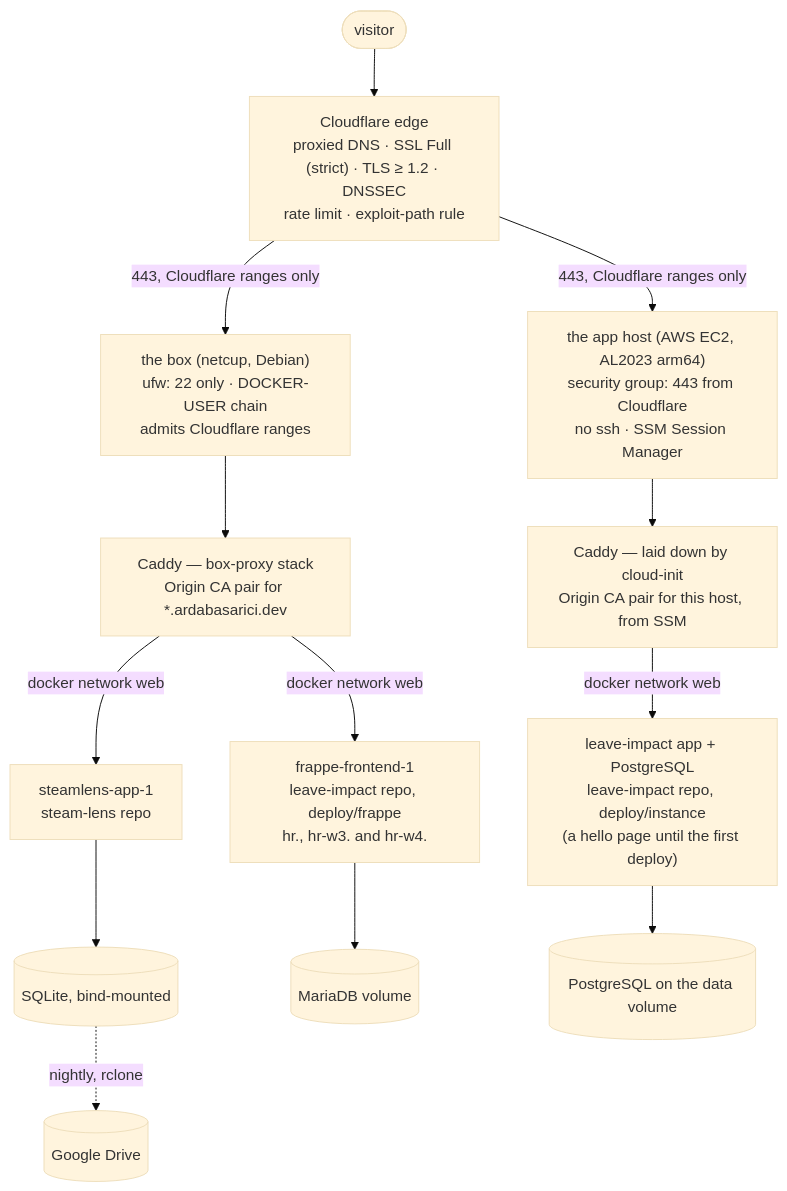
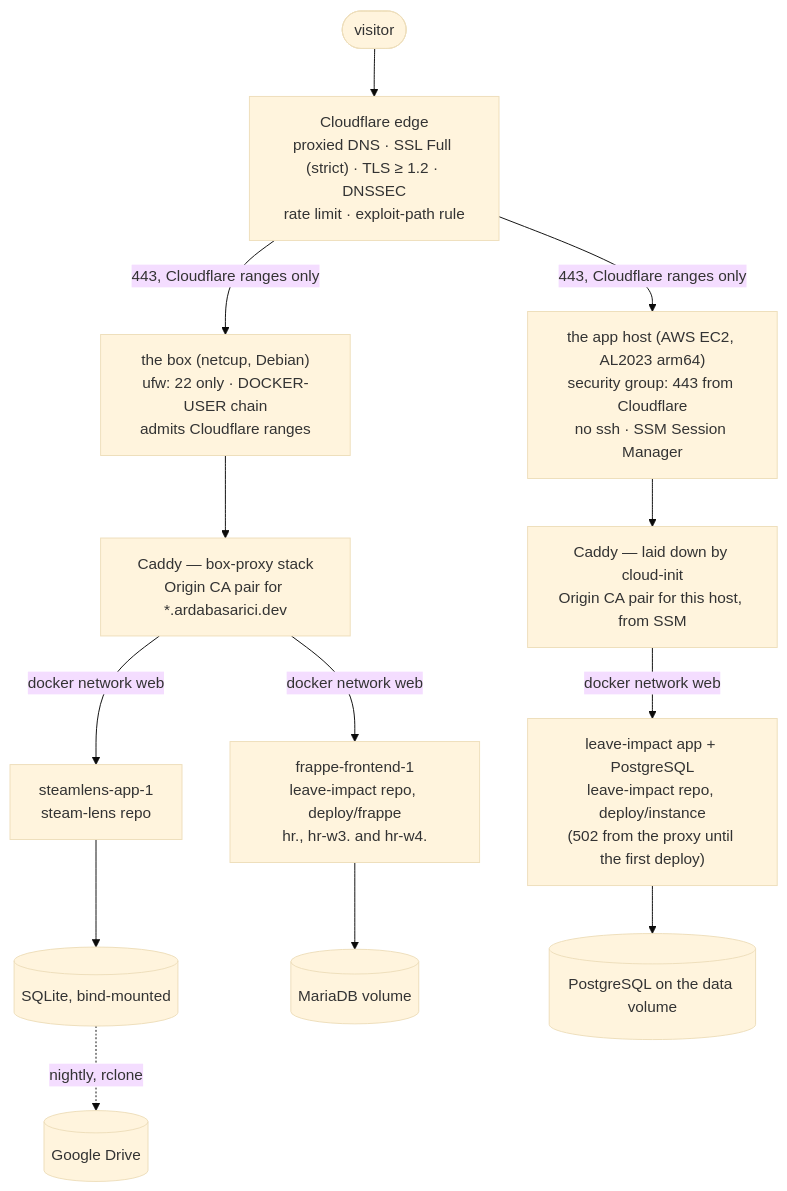
The first of 3 diagrams in ARCHITECTURE.md (arda-basarici/platform), drawn with Mermaid (base theme) before and after one commit. The commit also changed other lines of this file and 2 other files, not shown here.

````diff
--- a/ARCHITECTURE.md
+++ b/ARCHITECTURE.md
@@ -28,29 +28,29 @@
 ```mermaid
 %%{init: {"flowchart": {"diagramPadding": 150}}}%%
 flowchart TD
     V([visitor]) --> CF["`Cloudflare edge
     proxied DNS · SSL Full (strict) · TLS ≥ 1.2 · DNSSEC
     rate limit · exploit-path rule`"]
     CF -->|"443, Cloudflare ranges only"| FW1["`the box (netcup, Debian)
     ufw: 22 only · DOCKER-USER chain
     admits Cloudflare ranges`"]
     CF -->|"443, Cloudflare ranges only"| FW2["`the app host (AWS EC2, AL2023 arm64)
     security group: 443 from Cloudflare
     no ssh · SSM Session Manager`"]
     FW1 --> C1["`Caddy — box-proxy stack
     Origin CA pair for *.ardabasarici.dev`"]
     FW2 --> C2["`Caddy — laid down by cloud-init
     Origin CA pair for this host, from SSM`"]
     C1 -->|"docker network web"| SL["`steamlens-app-1
     steam-lens repo`"]
     C1 -->|"docker network web"| FR["`frappe-frontend-1
     leave-impact repo, deploy/frappe
     hr., hr-w3. and hr-w4.`"]
     C2 -->|"docker network web"| LA["`leave-impact app + PostgreSQL
     leave-impact repo, deploy/instance
-    (a hello page until the first deploy)`"]
+    (502 from the proxy until the first deploy)`"]
     SL --> SLDB[("SQLite, bind-mounted")]
     FR --> FRDB[("MariaDB volume")]
     LA --> LADB[("PostgreSQL on the data volume")]
     SLDB -.->|"nightly, rclone"| DRIVE[("Google Drive")]
 ```
````
